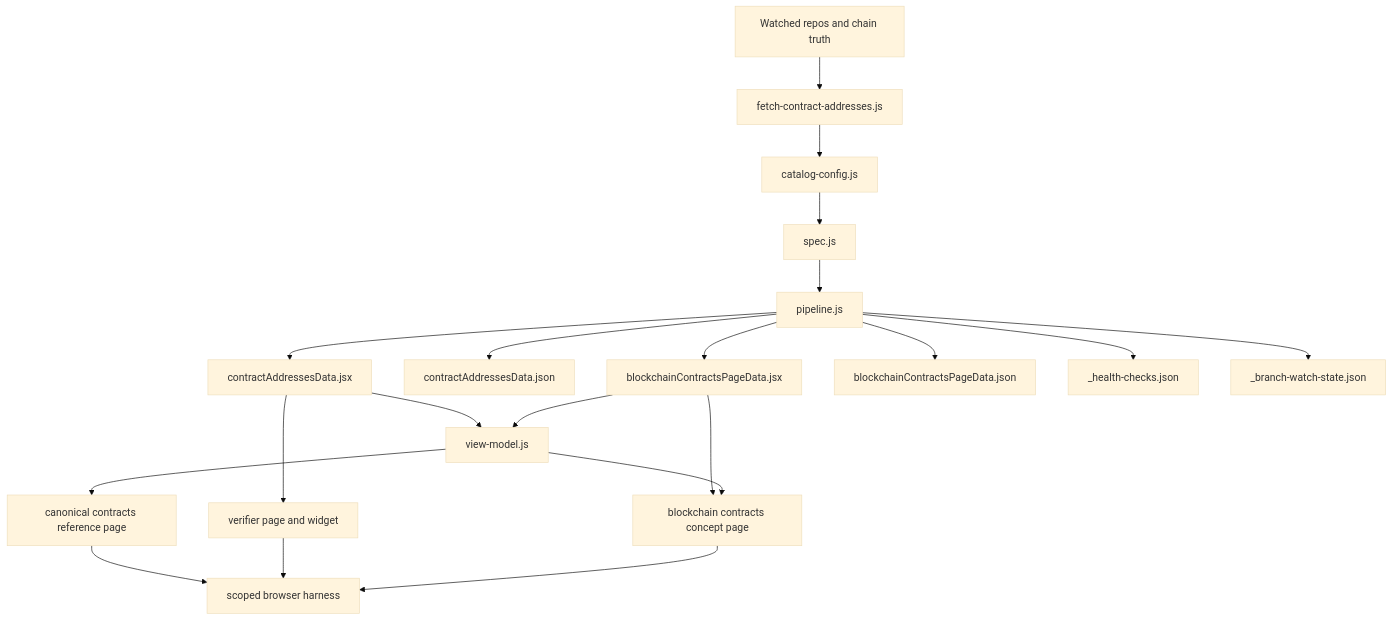
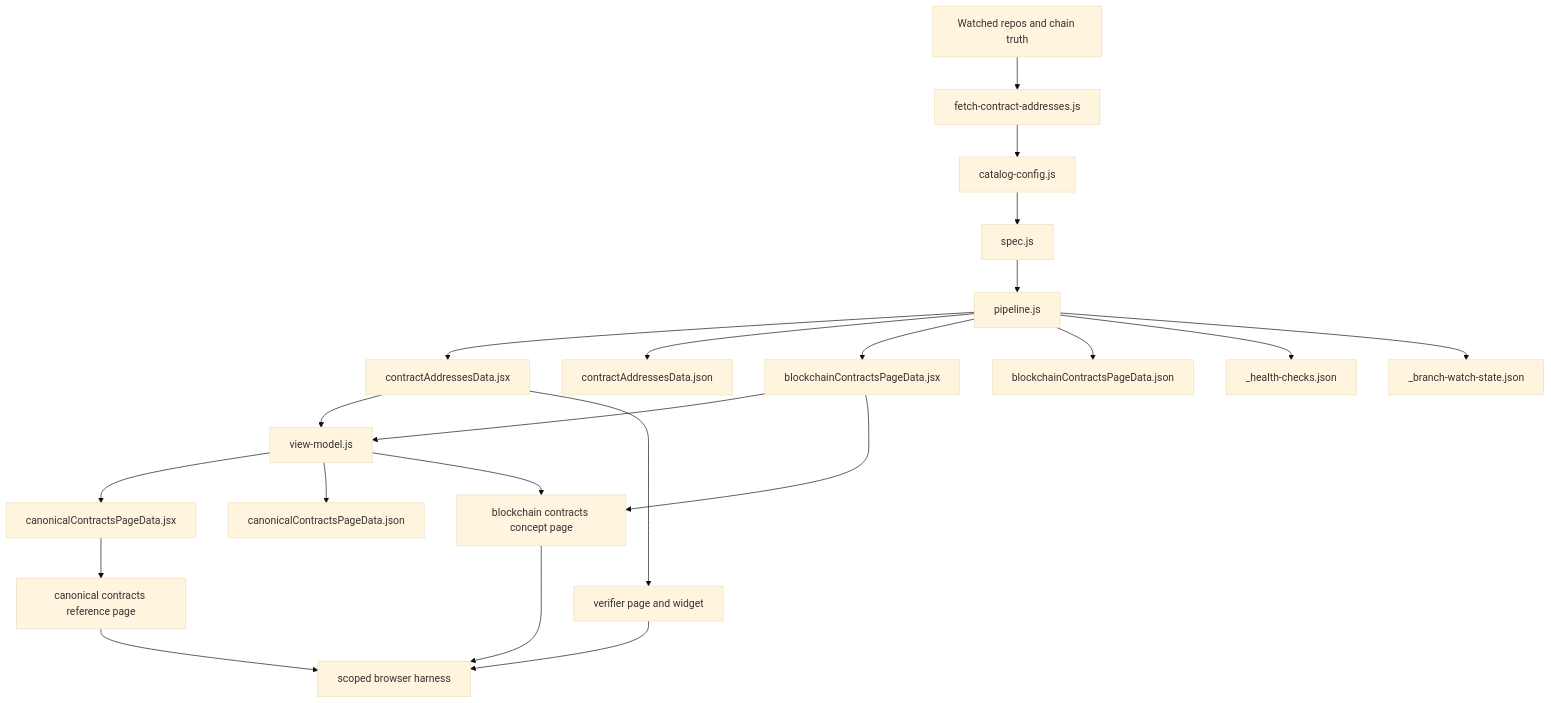
One commit to livepeer/docs changed the diagram in workspace/plan/active/CONTRACTS/Canonical/workflow-data.mdx. Above: the diagram before and after it, drawn with Mermaid (base theme). The commit also changed 1229 other files, not shown here.

````diff
--- a/workspace/plan/active/CONTRACTS/Canonical/workflow-data.mdx
+++ b/workspace/plan/active/CONTRACTS/Canonical/workflow-data.mdx
@@ -84,22 +84,24 @@
 ```mermaid
 flowchart TD
     A[Watched repos and chain truth] --> B[fetch-contract-addresses.js]
     B --> C[catalog-config.js]
     C --> D[spec.js]
     D --> E[pipeline.js]
     E --> F[contractAddressesData.jsx]
     E --> G[contractAddressesData.json]
     E --> H[blockchainContractsPageData.jsx]
     E --> I[blockchainContractsPageData.json]
     E --> J[_health-checks.json]
     E --> K[_branch-watch-state.json]
     F --> L[view-model.js]
     H --> L
-    L --> M[canonical contracts reference page]
+    L --> Q[canonicalContractsPageData.jsx]
+    L --> R[canonicalContractsPageData.json]
+    Q --> M[canonical contracts reference page]
     F --> N[verifier page and widget]
     H --> O[blockchain contracts concept page]
     L --> O
     M --> P[scoped browser harness]
     N --> P
     O --> P
 ```
````
